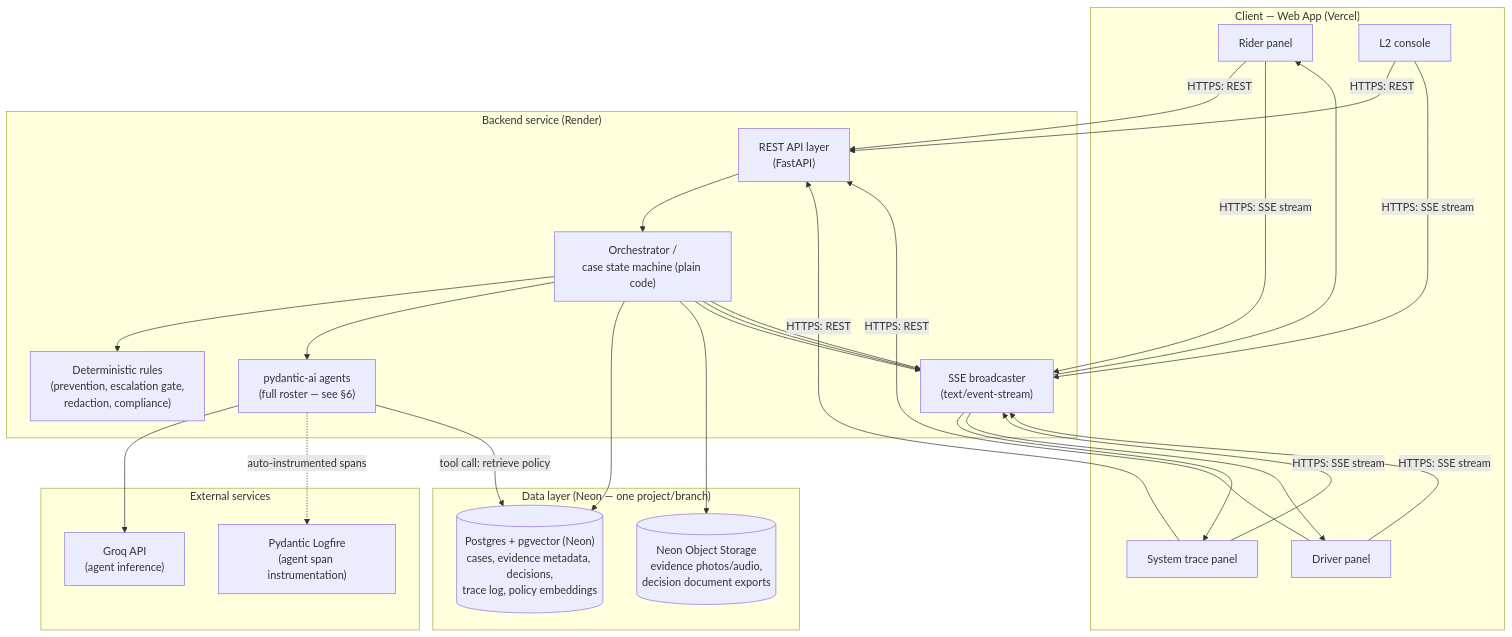
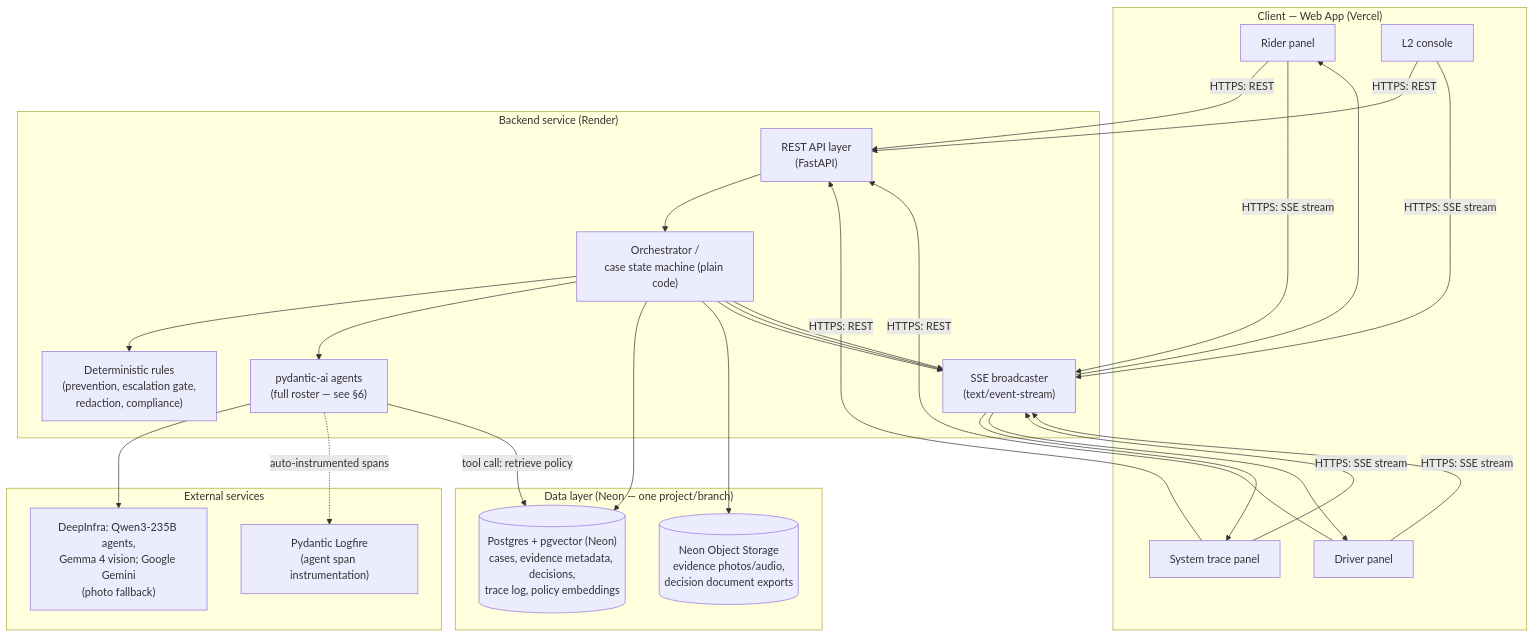
The first of 4 diagrams in docs/RydeResolve-System-Design.md (suryaansh2002/ryde-dispute-resolution-tencent), drawn with Mermaid before and after one commit. The commit also changed other lines of this file and 27 other files, not shown here.

````diff
--- a/docs/RydeResolve-System-Design.md
+++ b/docs/RydeResolve-System-Design.md
@@ -48,41 +48,41 @@
 ```mermaid
 flowchart TB
     subgraph Client["Client — Web App (Vercel)"]
         Rider["Rider panel"]
         Driver["Driver panel"]
         Trace["System trace panel"]
         L2["L2 console"]
     end
 
     subgraph Backend["Backend service (Render)"]
         API["REST API layer\n(FastAPI)"]
         SSE["SSE broadcaster\n(text/event-stream)"]
         Orch["Orchestrator /\ncase state machine (plain code)"]
         Rules["Deterministic rules\n(prevention, escalation gate,\nredaction, compliance)"]
         Agents["pydantic-ai agents\n(full roster — see §6)"]
     end
 
     subgraph Data["Data layer (Neon — one project/branch)"]
         PG[("Postgres + pgvector (Neon)\ncases, evidence metadata, decisions,\ntrace log, policy embeddings")]
         OBJ[("Neon Object Storage\nevidence photos/audio,\ndecision document exports")]
     end
 
     subgraph External["External services"]
-        Groq["Groq API\n(agent inference)"]
+        Models["DeepInfra: Qwen3-235B agents,\nGemma 4 vision; Google Gemini\n(photo fallback)"]
         Logfire["Pydantic Logfire\n(agent span instrumentation)"]
     end
 
     Rider & Driver & Trace & L2 -->|HTTPS: REST| API
     Rider & Driver & Trace & L2 -->|HTTPS: SSE stream| SSE
     API --> Orch
     Orch --> Rules
     Orch --> Agents
-    Agents --> Groq
+    Agents --> Models
     Agents -.->|auto-instrumented spans| Logfire
     Agents -->|tool call: retrieve policy| PG
     Orch --> PG
     Orch --> OBJ
     Orch --> SSE --> Trace
     Orch --> SSE --> Rider
     Orch --> SSE --> Driver
 ```
````
